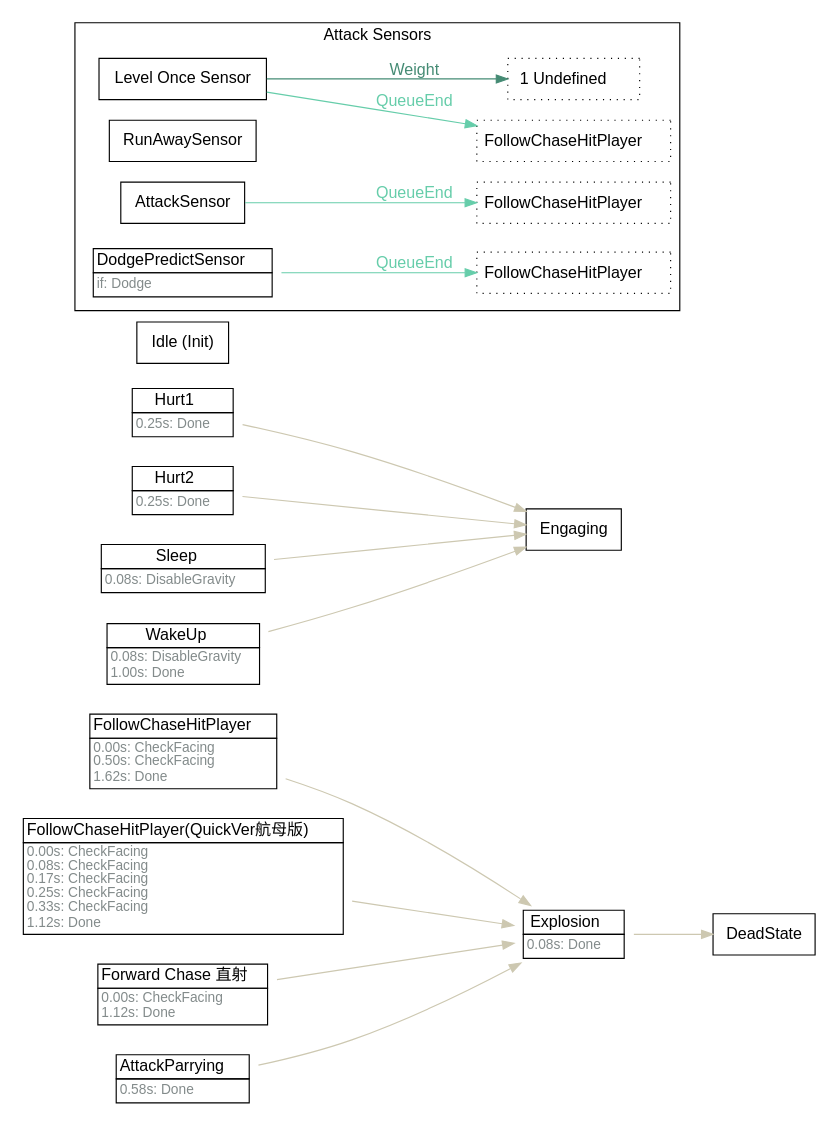
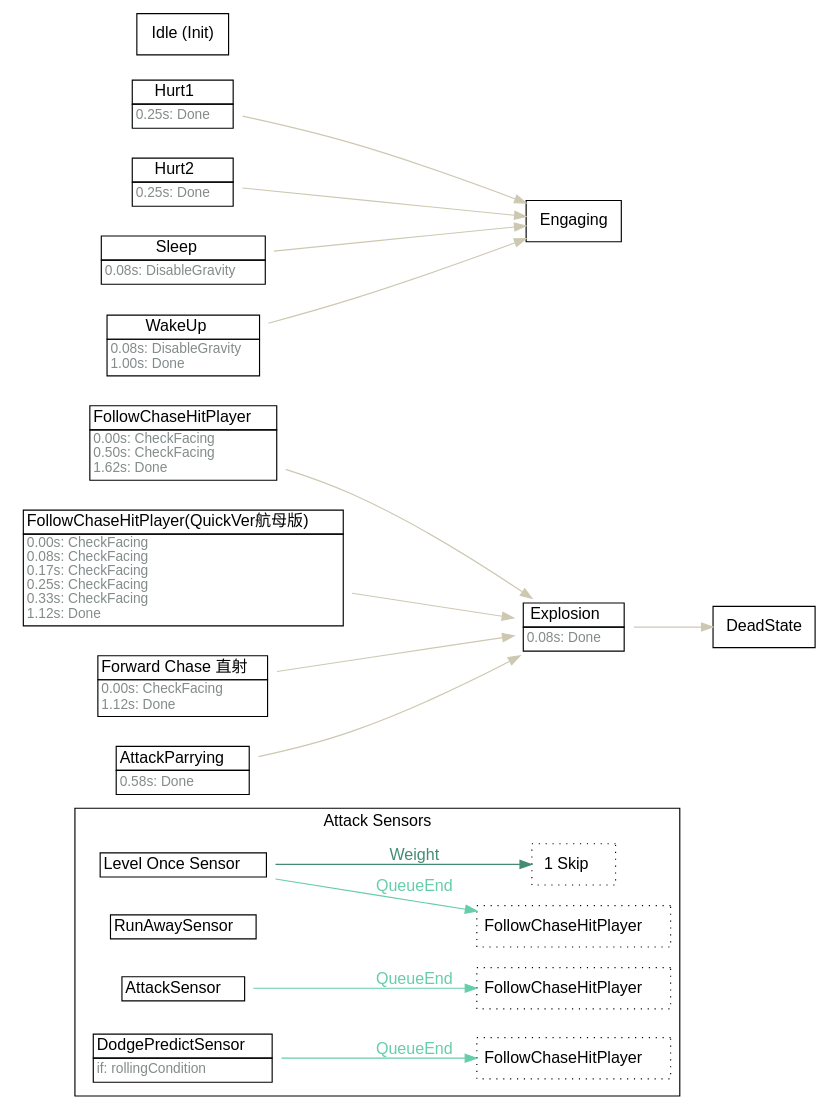
The diagram in Attacks/Minion/Red Tiger Elite Baichang-StealthMonster_AirSpider_ReflectAndExplode/data.dot (nine-sols-modding/StateDump), drawn with Graphviz before and after one commit. The commit also changed 463 other files, not shown here.

```diff
--- a/Attacks/Minion/Red Tiger Elite Baichang-StealthMonster_AirSpider_ReflectAndExplode/data.dot
+++ b/Attacks/Minion/Red Tiger Elite Baichang-StealthMonster_AirSpider_ReflectAndExplode/data.dot
@@ -1,42 +1,42 @@
 strict digraph "Foo" {
 	"rankdir"="LR";
-	node ["shape"="box", "fontname"="Helvetica"];
+	node ["shape"="box","fontname"="Helvetica"];
 	edge ["fontname"="Helvetica"];
-	"FollowChaseHitPlayer" ["shape"="plaintext", "label"=<<TABLE border="0" cellborder="1" cellspacing="0" cellpadding="2"><TR><TD >FollowChaseHitPlayer  </TD></TR><TR><TD align="left" balign="left"><FONT point-size="12" color="azure4">0.00s: CheckFacing<br/>0.50s: CheckFacing<br/>1.62s: Done</FONT>  </TD></TR></TABLE>>]
-	"FollowChaseHitPlayer" -> "Explosion"  ["color"="cornsilk3", "fontcolor"="cornsilk3"]
-	"Explosion" ["shape"="plaintext", "label"=<<TABLE border="0" cellborder="1" cellspacing="0" cellpadding="2"><TR><TD >Explosion  </TD></TR><TR><TD align="left" balign="left"><FONT point-size="12" color="azure4">0.08s: Done</FONT>  </TD></TR></TABLE>>]
-	"Explosion" -> "DeadState"  ["color"="cornsilk3", "fontcolor"="cornsilk3"]
-	"FollowChaseHitPlayer(QuickVer航母版)" ["shape"="plaintext", "label"=<<TABLE border="0" cellborder="1" cellspacing="0" cellpadding="2"><TR><TD >FollowChaseHitPlayer(QuickVer航母版)  </TD></TR><TR><TD align="left" balign="left"><FONT point-size="12" color="azure4">0.00s: CheckFacing<br/>0.08s: CheckFacing<br/>0.17s: CheckFacing<br/>0.25s: CheckFacing<br/>0.33s: CheckFacing<br/>1.12s: Done</FONT>  </TD></TR></TABLE>>]
-	"FollowChaseHitPlayer(QuickVer航母版)" -> "Explosion"  ["color"="cornsilk3", "fontcolor"="cornsilk3"]
-	"Forward Chase 直射" ["shape"="plaintext", "label"=<<TABLE border="0" cellborder="1" cellspacing="0" cellpadding="2"><TR><TD >Forward Chase 直射  </TD></TR><TR><TD align="left" balign="left"><FONT point-size="12" color="azure4">0.00s: CheckFacing<br/>1.12s: Done</FONT>  </TD></TR></TABLE>>]
-	"Forward Chase 直射" -> "Explosion"  ["color"="cornsilk3", "fontcolor"="cornsilk3"]
-	"AttackParrying" ["shape"="plaintext", "label"=<<TABLE border="0" cellborder="1" cellspacing="0" cellpadding="2"><TR><TD >AttackParrying  </TD></TR><TR><TD align="left" balign="left"><FONT point-size="12" color="azure4">0.58s: Done</FONT>  </TD></TR></TABLE>>]
-	"AttackParrying" -> "Explosion"  ["color"="cornsilk3", "fontcolor"="cornsilk3"]
-	"Hurt1" ["shape"="plaintext", "label"=<<TABLE border="0" cellborder="1" cellspacing="0" cellpadding="2"><TR><TD >Hurt1  </TD></TR><TR><TD align="left" balign="left"><FONT point-size="12" color="azure4">0.25s: Done</FONT>  </TD></TR></TABLE>>]
-	"Hurt1" -> "Engaging"  ["color"="cornsilk3", "fontcolor"="cornsilk3"]
-	"Hurt2" ["shape"="plaintext", "label"=<<TABLE border="0" cellborder="1" cellspacing="0" cellpadding="2"><TR><TD >Hurt2  </TD></TR><TR><TD align="left" balign="left"><FONT point-size="12" color="azure4">0.25s: Done</FONT>  </TD></TR></TABLE>>]
-	"Hurt2" -> "Engaging"  ["color"="cornsilk3", "fontcolor"="cornsilk3"]
-	"Sleep" ["shape"="plaintext", "label"=<<TABLE border="0" cellborder="1" cellspacing="0" cellpadding="2"><TR><TD >Sleep  </TD></TR><TR><TD align="left" balign="left"><FONT point-size="12" color="azure4">0.08s: DisableGravity</FONT>  </TD></TR></TABLE>>]
-	"Sleep" -> "Engaging"  ["color"="cornsilk3", "fontcolor"="cornsilk3"]
-	"WakeUp" ["shape"="plaintext", "label"=<<TABLE border="0" cellborder="1" cellspacing="0" cellpadding="2"><TR><TD >WakeUp  </TD></TR><TR><TD align="left" balign="left"><FONT point-size="12" color="azure4">0.08s: DisableGravity<br/>1.00s: Done</FONT>  </TD></TR></TABLE>>]
-	"WakeUp" -> "Engaging"  ["color"="cornsilk3", "fontcolor"="cornsilk3"]
-	"Idle" ["label"="Idle (Init)"]
 	subgraph "cluster_attacksensors" {
 		"rank"="sink";
 		"label"="Attack Sensors";
 		"fontname"="Helvetica";
-		"Level Once Sensor" ["label"="Level Once Sensor"]
-		"Level Once Sensor_linked" ["shape"="box", "style"="dotted", "label"=<<TABLE border="0" cellborder="0" cellspacing="0" cellpadding="2"><TR><TD>FollowChaseHitPlayer  </TD></TR></TABLE>>, "margin"="0.05"]
-		"Level Once Sensor" -> "Level Once Sensor_linked"  ["label"="QueueEnd", "color"="aquamarine3", "fontcolor"="aquamarine3"]
-		"Level Once Sensor_mustuse" ["shape"="box", "style"="dotted", "label"=<<TABLE border="0" cellborder="0" cellspacing="0" cellpadding="2"><TR><TD>1 Undefined  </TD></TR></TABLE>>]
-		"Level Once Sensor" -> "Level Once Sensor_mustuse"  ["label"="Weight", "color"="aquamarine4", "fontcolor"="aquamarine4"]
-		"RunAwaySensor" ["label"="RunAwaySensor"]
-		"AttackSensor" ["label"="AttackSensor"]
-		"AttackSensor_linked" ["shape"="box", "style"="dotted", "label"=<<TABLE border="0" cellborder="0" cellspacing="0" cellpadding="2"><TR><TD>FollowChaseHitPlayer  </TD></TR></TABLE>>, "margin"="0.05"]
-		"AttackSensor" -> "AttackSensor_linked"  ["label"="QueueEnd", "color"="aquamarine3", "fontcolor"="aquamarine3"]
-		"DodgePredictSensor" ["shape"="plaintext", "label"=<<TABLE border="0" cellborder="1" cellspacing="0" cellpadding="2"><TR><TD >DodgePredictSensor  </TD></TR><TR><TD align="left" balign="left"><FONT point-size="12" color="azure4">if: Dodge</FONT>  </TD></TR></TABLE>>]
-		"DodgePredictSensor_linked" ["shape"="box", "style"="dotted", "label"=<<TABLE border="0" cellborder="0" cellspacing="0" cellpadding="2"><TR><TD>FollowChaseHitPlayer  </TD></TR></TABLE>>, "margin"="0.05"]
-		"DodgePredictSensor" -> "DodgePredictSensor_linked"  ["label"="QueueEnd", "color"="aquamarine3", "fontcolor"="aquamarine3"]
+		"Level Once Sensor" ["shape"="plaintext","label"=<<TABLE border="0" cellspacing="0" cellborder="1" cellpadding="2"><TR><TD>Level Once Sensor  </TD></TR></TABLE>>]
+		"Level Once Sensor_linked" ["shape"="box","style"="dotted","label"=<<TABLE border="0" cellspacing="0" cellborder="0" cellpadding="2"><TR><TD>FollowChaseHitPlayer  </TD></TR></TABLE>>,"margin"="0.05"]
+		"Level Once Sensor" -> "Level Once Sensor_linked"  ["label"="QueueEnd","color"="aquamarine3","fontcolor"="aquamarine3"]
+		"Level Once Sensor_weight" ["shape"="box","style"="dotted","label"=<<TABLE border="0" cellspacing="0" cellborder="0" cellpadding="2"><TR><TD>1 Skip  </TD></TR></TABLE>>]
+		"Level Once Sensor" -> "Level Once Sensor_weight"  ["label"="Weight","color"="aquamarine4","fontcolor"="aquamarine4"]
+		"RunAwaySensor" ["shape"="plaintext","label"=<<TABLE border="0" cellspacing="0" cellborder="1" cellpadding="2"><TR><TD>RunAwaySensor  </TD></TR></TABLE>>]
+		"AttackSensor" ["shape"="plaintext","label"=<<TABLE border="0" cellspacing="0" cellborder="1" cellpadding="2"><TR><TD>AttackSensor  </TD></TR></TABLE>>]
+		"AttackSensor_linked" ["shape"="box","style"="dotted","label"=<<TABLE border="0" cellspacing="0" cellborder="0" cellpadding="2"><TR><TD>FollowChaseHitPlayer  </TD></TR></TABLE>>,"margin"="0.05"]
+		"AttackSensor" -> "AttackSensor_linked"  ["label"="QueueEnd","color"="aquamarine3","fontcolor"="aquamarine3"]
+		"DodgePredictSensor" ["shape"="plaintext","label"=<<TABLE border="0" cellspacing="0" cellborder="1" cellpadding="2"><TR><TD>DodgePredictSensor  </TD></TR><TR><TD align="left" balign="left"><FONT point-size="12" color="azure4">if: rollingCondition</FONT>  </TD></TR></TABLE>>]
+		"DodgePredictSensor_linked" ["shape"="box","style"="dotted","label"=<<TABLE border="0" cellspacing="0" cellborder="0" cellpadding="2"><TR><TD>FollowChaseHitPlayer  </TD></TR></TABLE>>,"margin"="0.05"]
+		"DodgePredictSensor" -> "DodgePredictSensor_linked"  ["label"="QueueEnd","color"="aquamarine3","fontcolor"="aquamarine3"]
 	}
 	
+	"FollowChaseHitPlayer" -> "Explosion"  ["color"="cornsilk3","fontcolor"="cornsilk3"]
+	"FollowChaseHitPlayer" ["shape"="plaintext","label"=<<TABLE border="0" cellspacing="0" cellborder="1" cellpadding="2"><TR><TD>FollowChaseHitPlayer  </TD></TR><TR><TD align="left" balign="left"><FONT point-size="12" color="azure4">0.00s: CheckFacing<br/>0.50s: CheckFacing<br/>1.62s: Done</FONT>  </TD></TR></TABLE>>]
+	"Explosion" -> "DeadState"  ["color"="cornsilk3","fontcolor"="cornsilk3"]
+	"Explosion" ["shape"="plaintext","label"=<<TABLE border="0" cellspacing="0" cellborder="1" cellpadding="2"><TR><TD>Explosion  </TD></TR><TR><TD align="left" balign="left"><FONT point-size="12" color="azure4">0.08s: Done</FONT>  </TD></TR></TABLE>>]
+	"FollowChaseHitPlayer(QuickVer航母版)" -> "Explosion"  ["color"="cornsilk3","fontcolor"="cornsilk3"]
+	"FollowChaseHitPlayer(QuickVer航母版)" ["shape"="plaintext","label"=<<TABLE border="0" cellspacing="0" cellborder="1" cellpadding="2"><TR><TD>FollowChaseHitPlayer(QuickVer航母版)  </TD></TR><TR><TD align="left" balign="left"><FONT point-size="12" color="azure4">0.00s: CheckFacing<br/>0.08s: CheckFacing<br/>0.17s: CheckFacing<br/>0.25s: CheckFacing<br/>0.33s: CheckFacing<br/>1.12s: Done</FONT>  </TD></TR></TABLE>>]
+	"Forward Chase 直射" -> "Explosion"  ["color"="cornsilk3","fontcolor"="cornsilk3"]
+	"Forward Chase 直射" ["shape"="plaintext","label"=<<TABLE border="0" cellspacing="0" cellborder="1" cellpadding="2"><TR><TD>Forward Chase 直射  </TD></TR><TR><TD align="left" balign="left"><FONT point-size="12" color="azure4">0.00s: CheckFacing<br/>1.12s: Done</FONT>  </TD></TR></TABLE>>]
+	"AttackParrying" -> "Explosion"  ["color"="cornsilk3","fontcolor"="cornsilk3"]
+	"AttackParrying" ["shape"="plaintext","label"=<<TABLE border="0" cellspacing="0" cellborder="1" cellpadding="2"><TR><TD>AttackParrying  </TD></TR><TR><TD align="left" balign="left"><FONT point-size="12" color="azure4">0.58s: Done</FONT>  </TD></TR></TABLE>>]
+	"Hurt1" -> "Engaging"  ["color"="cornsilk3","fontcolor"="cornsilk3"]
+	"Hurt1" ["shape"="plaintext","label"=<<TABLE border="0" cellspacing="0" cellborder="1" cellpadding="2"><TR><TD>Hurt1  </TD></TR><TR><TD align="left" balign="left"><FONT point-size="12" color="azure4">0.25s: Done</FONT>  </TD></TR></TABLE>>]
+	"Hurt2" -> "Engaging"  ["color"="cornsilk3","fontcolor"="cornsilk3"]
+	"Hurt2" ["shape"="plaintext","label"=<<TABLE border="0" cellspacing="0" cellborder="1" cellpadding="2"><TR><TD>Hurt2  </TD></TR><TR><TD align="left" balign="left"><FONT point-size="12" color="azure4">0.25s: Done</FONT>  </TD></TR></TABLE>>]
+	"Sleep" -> "Engaging"  ["color"="cornsilk3","fontcolor"="cornsilk3"]
+	"Sleep" ["shape"="plaintext","label"=<<TABLE border="0" cellspacing="0" cellborder="1" cellpadding="2"><TR><TD>Sleep  </TD></TR><TR><TD align="left" balign="left"><FONT point-size="12" color="azure4">0.08s: DisableGravity</FONT>  </TD></TR></TABLE>>]
+	"WakeUp" -> "Engaging"  ["color"="cornsilk3","fontcolor"="cornsilk3"]
+	"WakeUp" ["shape"="plaintext","label"=<<TABLE border="0" cellspacing="0" cellborder="1" cellpadding="2"><TR><TD>WakeUp  </TD></TR><TR><TD align="left" balign="left"><FONT point-size="12" color="azure4">0.08s: DisableGravity<br/>1.00s: Done</FONT>  </TD></TR></TABLE>>]
+	"Idle" ["label"="Idle (Init)"]
 }
```
